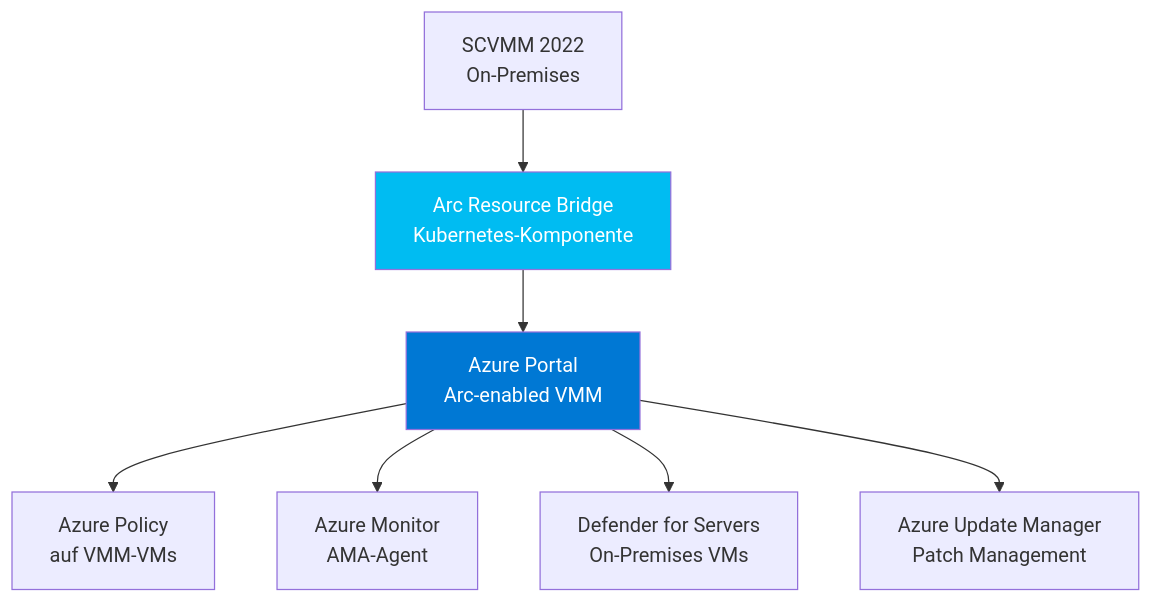
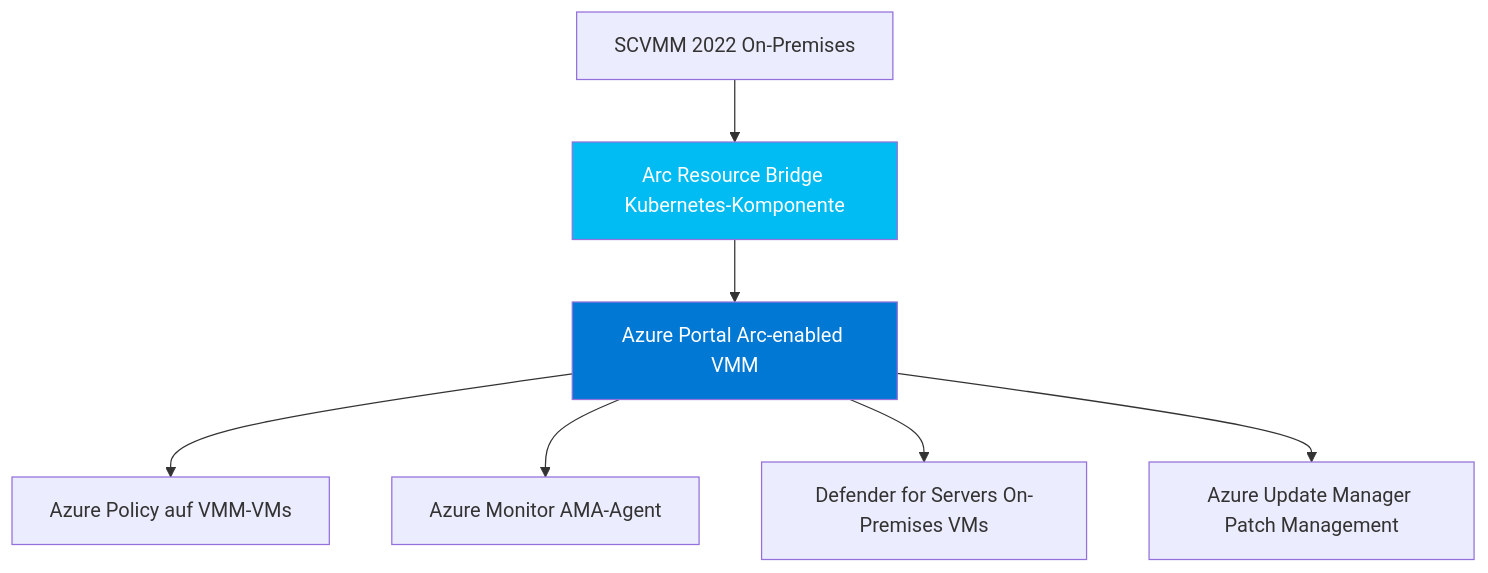
The fourth of 5 diagrams in Microsoft 365/System Center/System Center Azure Migration.md (SoniiiT/notes-n-docs), drawn with Mermaid before and after one commit. The commit also changed other lines of this file and 124 other files, not shown here.

First line of the commit message:
fix: Entferne \n aus allen Mermaid-Diagrammen (125 Dateien)

````diff
--- a/Microsoft 365/System Center/System Center Azure Migration.md
+++ b/Microsoft 365/System Center/System Center Azure Migration.md
@@ -158,12 +158,12 @@
 ```mermaid
 flowchart TD
-    VMM[SCVMM 2022\nOn-Premises] --> ARB[Arc Resource Bridge\nKubernetes-Komponente]
-    ARB --> AZURE[Azure Portal\nArc-enabled VMM]
-    AZURE --> POLICY[Azure Policy\nauf VMM-VMs]
-    AZURE --> MONITOR[Azure Monitor\nAMA-Agent]
-    AZURE --> DEFV[Defender for Servers\nOn-Premises VMs]
-    AZURE --> UPD[Azure Update Manager\nPatch Management]
+    VMM[SCVMM 2022 On-Premises] --> ARB[Arc Resource Bridge Kubernetes-Komponente]
+    ARB --> AZURE[Azure Portal Arc-enabled VMM]
+    AZURE --> POLICY[Azure Policy auf VMM-VMs]
+    AZURE --> MONITOR[Azure Monitor AMA-Agent]
+    AZURE --> DEFV[Defender for Servers On-Premises VMs]
+    AZURE --> UPD[Azure Update Manager Patch Management]
 
     style AZURE fill:#0078D4,color:#fff
     style ARB fill:#00BCF2,color:#fff
 ```
````
